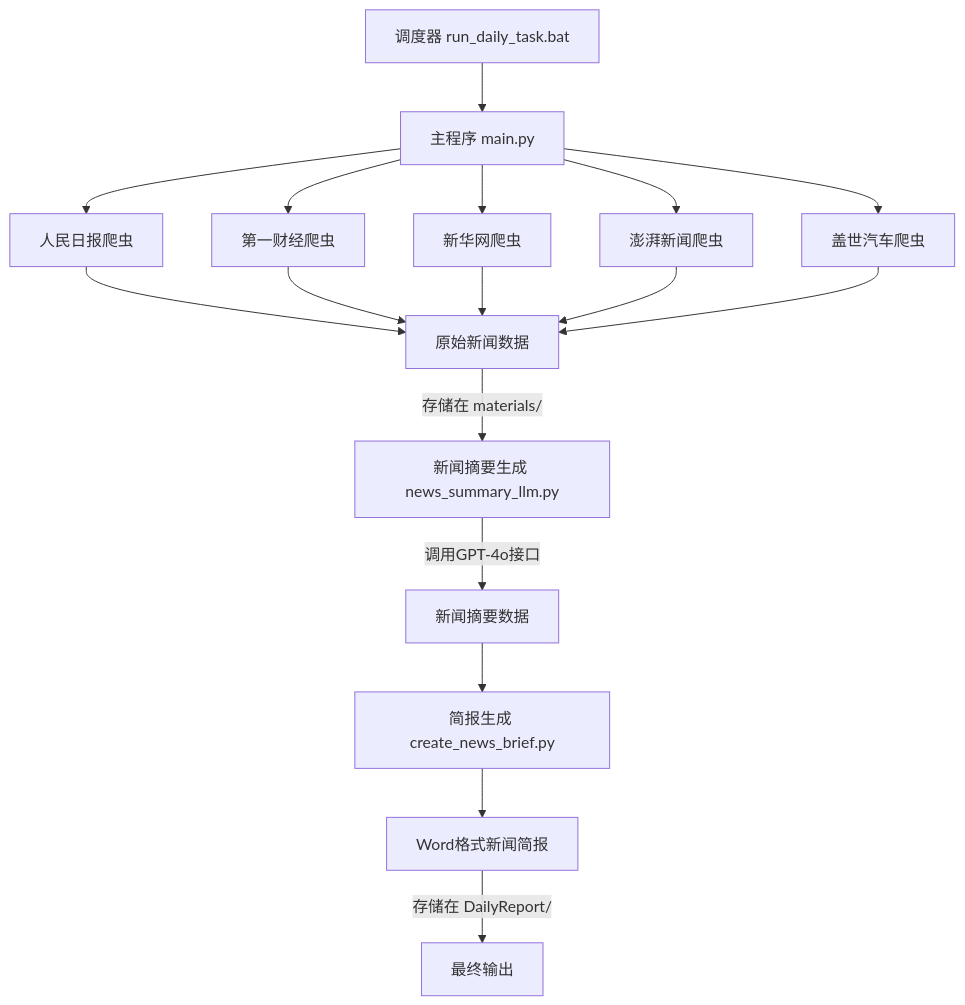
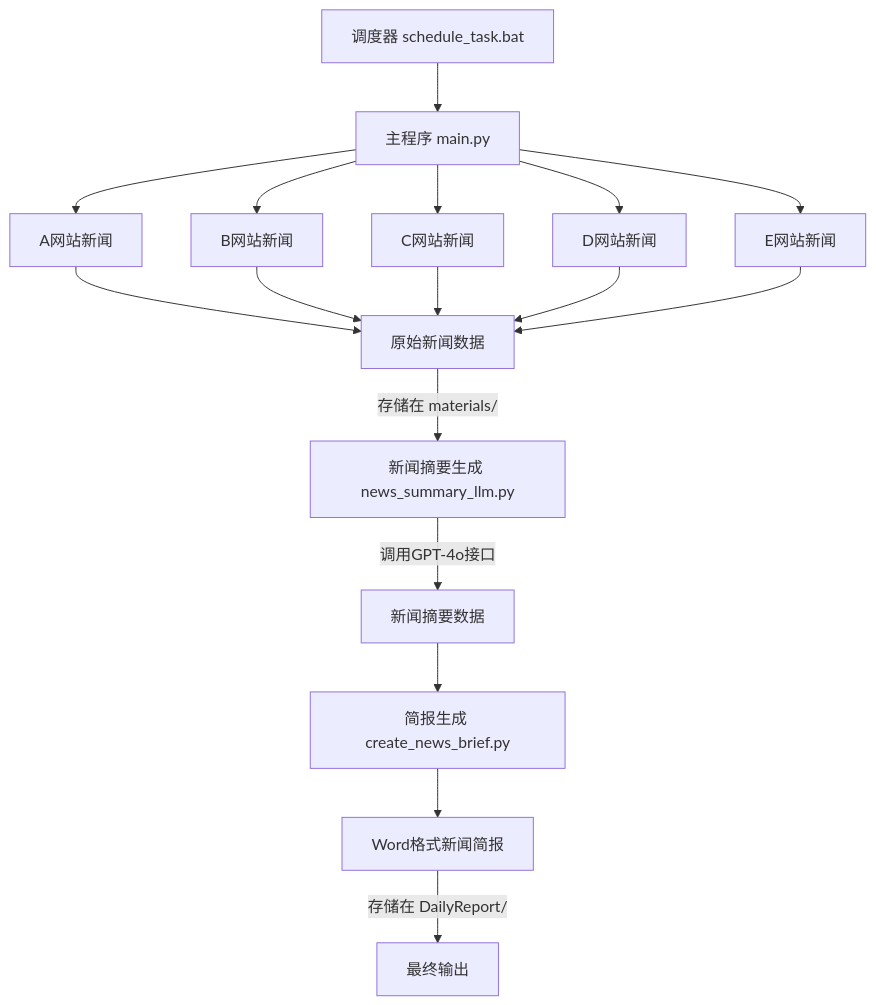
Before and after one commit to Wenjli974/DailyKnows: the diagram in README.md, drawn with Mermaid.

````diff
--- a/README.md
+++ b/README.md
@@ -76,19 +76,19 @@
 ```mermaid
 graph TD
-    A[调度器 run_daily_task.bat] --> B[主程序 main.py]
-    B --> C1[人民日报爬虫]
-    B --> C2[第一财经爬虫]
-    B --> C3[新华网爬虫]
-    B --> C4[澎湃新闻爬虫]
-    B --> C5[盖世汽车爬虫]
+    A[调度器 schedule_task.bat] --> B[主程序 main.py]
+    B --> C1[A网站新闻]
+    B --> C2[B网站新闻]
+    B --> C3[C网站新闻]
+    B --> C4[D网站新闻]
+    B --> C5[E网站新闻]
     C1 --> D[原始新闻数据]
     C2 --> D
     C3 --> D
     C4 --> D
     C5 --> D
     D -->|存储在 materials/| E[新闻摘要生成 news_summary_llm.py]
     E -->|调用GPT-4o接口| F[新闻摘要数据]
     F --> G[简报生成 create_news_brief.py]
     G --> I[Word格式新闻简报]
     I -->|存储在 DailyReport/| J[最终输出]
 ```
````
